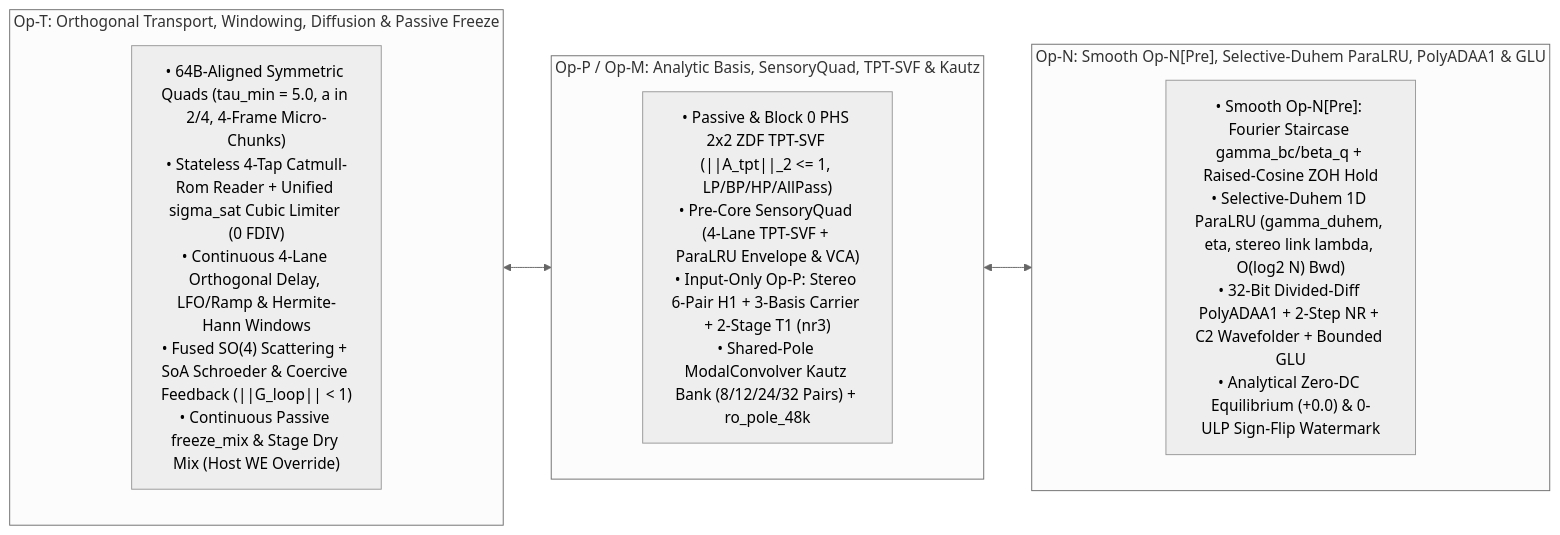
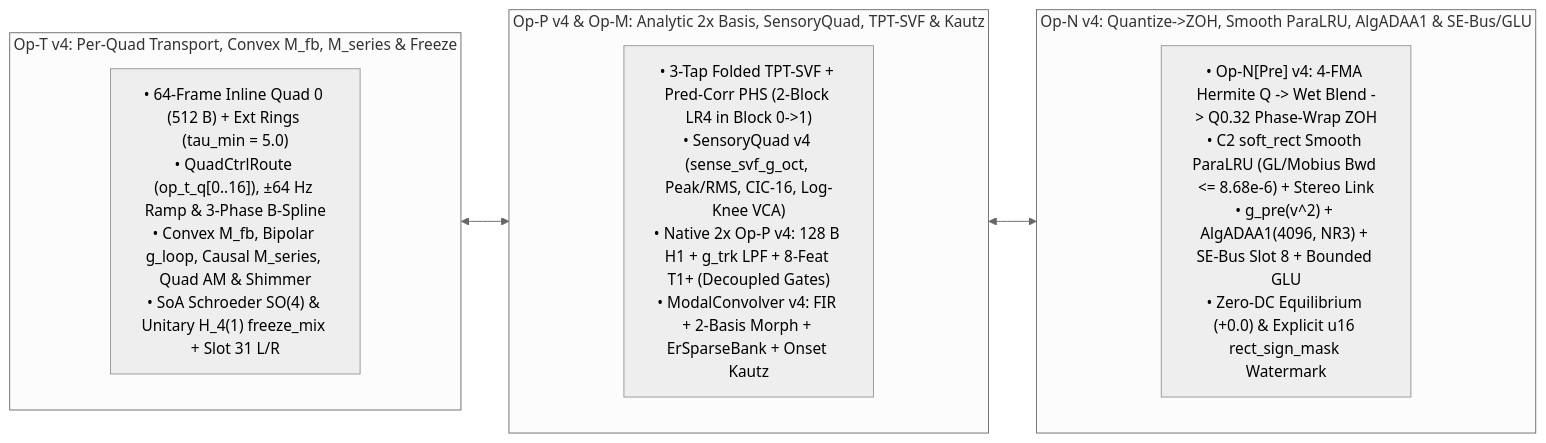
Before and after one commit to mokugen/dnam: the third of 7 diagrams in docs/specs/architecture/sona_architecture.md, drawn with Mermaid (neutral theme). The commit also changed other lines of this file and 8 other files, not shown here.

Commit message:
docs(specs): C1.2 update architecture and DSP specifications for SONA v4.0

````diff
--- a/docs/specs/architecture/sona_architecture.md
+++ b/docs/specs/architecture/sona_architecture.md
@@ -250,20 +239,20 @@
 ```mermaid
 flowchart LR
-    subgraph OpT ["Op-T: Orthogonal Transport, Windowing, Diffusion & Passive Freeze"]
+    subgraph OpT ["Op-T v4: Per-Quad Transport, Convex M_fb, M_series & Freeze"]
         direction TB
-        T1["• 64B-Aligned Symmetric Quads (tau_min = 5.0, a in 2/4, 4-Frame Micro-Chunks)<br/>• Stateless 4-Tap Catmull-Rom Reader + Unified sigma_sat Cubic Limiter (0 FDIV)<br/>• Continuous 4-Lane Orthogonal Delay, LFO/Ramp & Hermite-Hann Windows<br/>• Fused SO(4) Scattering + SoA Schroeder & Coercive Feedback (||G_loop|| < 1)<br/>• Continuous Passive freeze_mix & Stage Dry Mix (Host WE Override)"]
+        T1["• 64-Frame Inline Quad 0 (512 B) + Ext Rings (tau_min = 5.0)<br/>• QuadCtrlRoute (op_t_q[0..16]), ±64 Hz Ramp & 3-Phase B-Spline<br/>• Convex M_fb, Bipolar g_loop, Causal M_series, Quad AM & Shimmer<br/>• SoA Schroeder SO(4) & Unitary H_4(1) freeze_mix + Slot 31 L/R"]
     end
 
-    subgraph OpM ["Op-P / Op-M: Analytic Basis, SensoryQuad, TPT-SVF & Kautz"]
+    subgraph OpM ["Op-P v4 & Op-M: Analytic 2x Basis, SensoryQuad, TPT-SVF & Kautz"]
         direction TB
-        M1["• Passive & Block 0 PHS 2x2 ZDF TPT-SVF (||A_tpt||_2 <= 1, LP/BP/HP/AllPass)<br/>• Pre-Core SensoryQuad (4-Lane TPT-SVF + ParaLRU Envelope & VCA)<br/>• Input-Only Op-P: Stereo 6-Pair H1 + 3-Basis Carrier + 2-Stage T1 (nr3)<br/>• Shared-Pole ModalConvolver Kautz Bank (8/12/24/32 Pairs) + ro_pole_48k"]
+        M1["• 3-Tap Folded TPT-SVF + Pred-Corr PHS (2-Block LR4 in Block 0->1)<br/>• SensoryQuad v4 (sense_svf_g_oct, Peak/RMS, CIC-16, Log-Knee VCA)<br/>• Native 2x Op-P v4: 128 B H1 + g_trk LPF + 8-Feat T1+ (Decoupled Gates)<br/>• ModalConvolver v4: FIR + 2-Basis Morph + ErSparseBank + Onset Kautz"]
     end
 
-    subgraph OpN ["Op-N: Smooth Op-N[Pre], Selective-Duhem ParaLRU, PolyADAA1 & GLU"]
+    subgraph OpN ["Op-N v4: Quantize->ZOH, Smooth ParaLRU, AlgADAA1 & SE-Bus/GLU"]
         direction TB
-        N1["• Smooth Op-N[Pre]: Fourier Staircase gamma_bc/beta_q + Raised-Cosine ZOH Hold<br/>• Selective-Duhem 1D ParaLRU (gamma_duhem, eta, stereo link lambda, O(log2 N) Bwd)<br/>• 32-Bit Divided-Diff PolyADAA1 + 2-Step NR + C2 Wavefolder + Bounded GLU<br/>• Analytical Zero-DC Equilibrium (+0.0) & 0-ULP Sign-Flip Watermark"]
+        N1["• Op-N[Pre] v4: 4-FMA Hermite Q -> Wet Blend -> Q0.32 Phase-Wrap ZOH<br/>• C2 soft_rect Smooth ParaLRU (GL/Mobius Bwd <= 8.68e-6) + Stereo Link<br/>• g_pre(v^2) + AlgADAA1(4096, NR3) + SE-Bus Slot 8 + Bounded GLU<br/>• Zero-DC Equilibrium (+0.0) & Explicit u16 rect_sign_mask Watermark"]
     end
 
     T1 <--> M1
     M1 <--> N1
 ```
````
